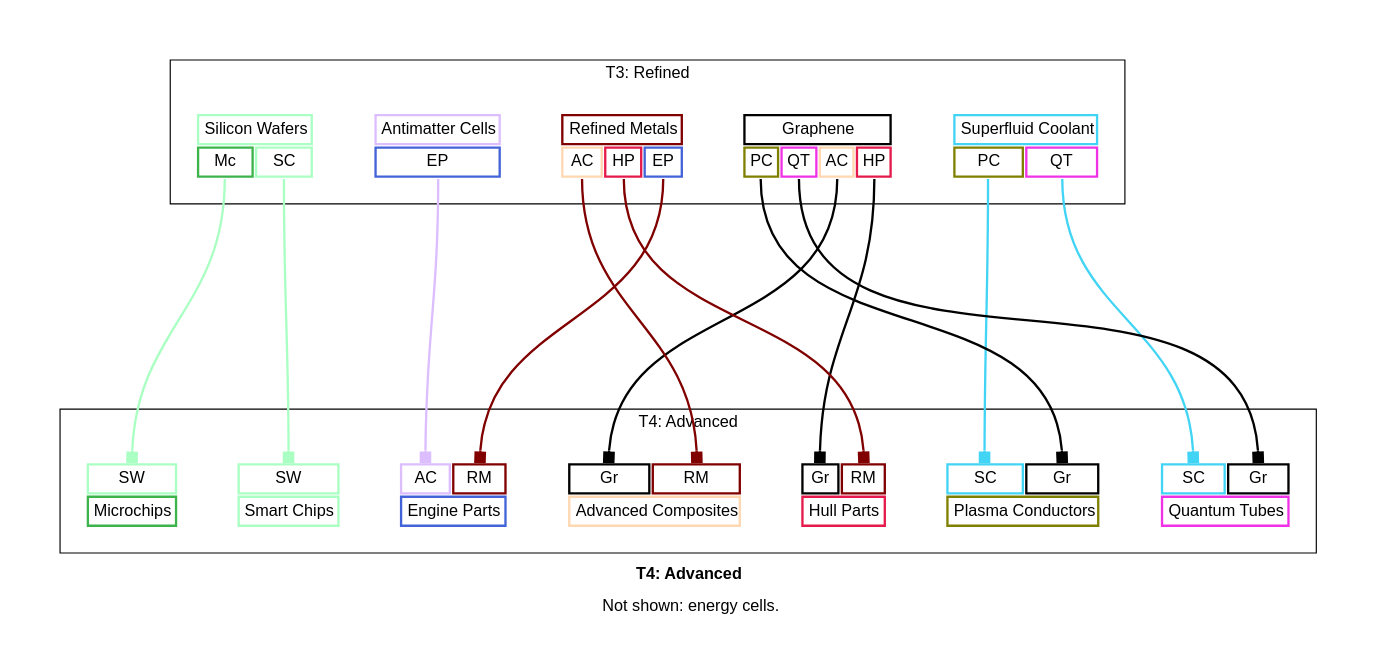
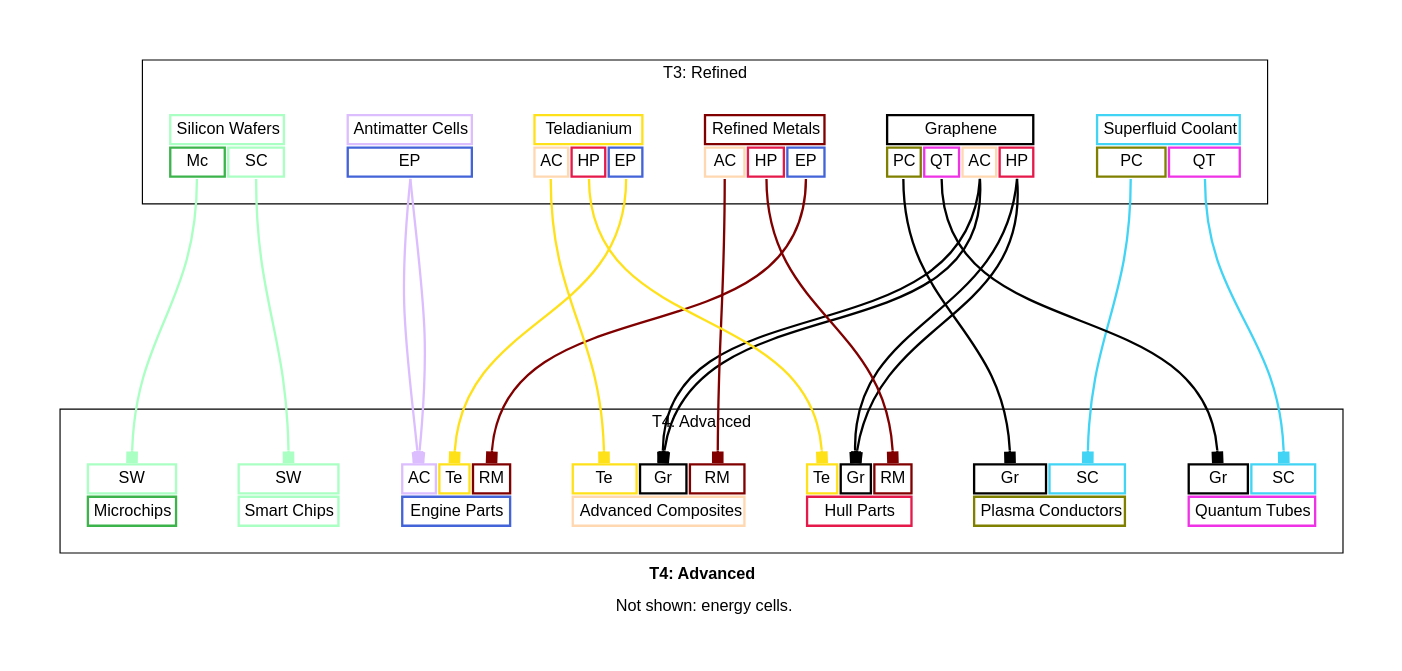
One commit to borntyping/x4-diagrams changed the diagram in docs/t4_advanced_graph_simplified.dot. Above: the diagram before and after it, drawn with Graphviz. The commit also changed 97 other files, not shown here.

```diff
--- a/docs/t4_advanced_graph_simplified.dot
+++ b/docs/t4_advanced_graph_simplified.dot
@@ -58,6 +58,23 @@
     </tr>
   
 </table>>]
+		teladianium [label=<<table border="0" cellborder="2" cellpadding="4" cellspacing="1" fixedsize="false" id="teladianium" port="output">
+  
+  <tr>
+    <td align="text" bgcolor="white" color="#ffe119" colspan="3">Teladianium</td>
+  </tr>
+  
+    <tr>
+      
+        <td align="text" bgcolor="white" color="#ffd8b1" port="advanced_composites">AC</td>
+      
+        <td align="text" bgcolor="white" color="#e6194B" port="hull_parts">HP</td>
+      
+        <td align="text" bgcolor="white" color="#4363d8" port="engine_parts">EP</td>
+      
+    </tr>
+  
+</table>>]
 		antimatter_cells [label=<<table border="0" cellborder="2" cellpadding="4" cellspacing="1" fixedsize="false" id="antimatter_cells" port="output">
   
   <tr>
@@ -93,9 +110,9 @@
   
     <tr>
       
+        <td align="text" bgcolor="white" color="#000000" port="graphene">Gr</td>
+      
         <td align="text" bgcolor="white" color="#42d4f4" port="superfluid_coolant">SC</td>
-      
-        <td align="text" bgcolor="white" color="#000000" port="graphene">Gr</td>
       
     </tr>
   
@@ -108,9 +125,9 @@
   
     <tr>
       
+        <td align="text" bgcolor="white" color="#000000" port="graphene">Gr</td>
+      
         <td align="text" bgcolor="white" color="#42d4f4" port="superfluid_coolant">SC</td>
-      
-        <td align="text" bgcolor="white" color="#000000" port="graphene">Gr</td>
       
     </tr>
   
@@ -123,20 +140,7 @@
   
     <tr>
       
-        <td align="text" bgcolor="white" color="#000000" port="graphene">Gr</td>
-      
-        <td align="text" bgcolor="white" color="#800000" port="refined_metals">RM</td>
-      
-    </tr>
-  
-  <tr>
-    <td align="text" bgcolor="white" color="#ffd8b1" colspan="2">Advanced Composites</td>
-  </tr>
-  
-</table>>]
-		hull_parts [label=<<table border="0" cellborder="2" cellpadding="4" cellspacing="1" fixedsize="false" id="hull_parts" port="output">
-  
-    <tr>
+        <td align="text" bgcolor="white" color="#ffe119" port="teladianium">Te</td>
       
         <td align="text" bgcolor="white" color="#000000" port="graphene">Gr</td>
       
@@ -145,7 +149,24 @@
     </tr>
   
   <tr>
-    <td align="text" bgcolor="white" color="#e6194B" colspan="2">Hull Parts</td>
+    <td align="text" bgcolor="white" color="#ffd8b1" colspan="3">Advanced Composites</td>
+  </tr>
+  
+</table>>]
+		hull_parts [label=<<table border="0" cellborder="2" cellpadding="4" cellspacing="1" fixedsize="false" id="hull_parts" port="output">
+  
+    <tr>
+      
+        <td align="text" bgcolor="white" color="#ffe119" port="teladianium">Te</td>
+      
+        <td align="text" bgcolor="white" color="#000000" port="graphene">Gr</td>
+      
+        <td align="text" bgcolor="white" color="#800000" port="refined_metals">RM</td>
+      
+    </tr>
+  
+  <tr>
+    <td align="text" bgcolor="white" color="#e6194B" colspan="3">Hull Parts</td>
   </tr>
   
 </table>>]
@@ -155,12 +176,14 @@
       
         <td align="text" bgcolor="white" color="#dcbeff" port="antimatter_cells">AC</td>
       
+        <td align="text" bgcolor="white" color="#ffe119" port="teladianium">Te</td>
+      
         <td align="text" bgcolor="white" color="#800000" port="refined_metals">RM</td>
       
     </tr>
   
   <tr>
-    <td align="text" bgcolor="white" color="#4363d8" colspan="2">Engine Parts</td>
+    <td align="text" bgcolor="white" color="#4363d8" colspan="3">Engine Parts</td>
   </tr>
   
 </table>>]
@@ -197,10 +220,16 @@
 	superfluid_coolant:quantum_tubes:s -> quantum_tubes:superfluid_coolant:n [arrowhead=box color="#42d4f4" weight=1.0]
 	graphene:advanced_composites:s -> advanced_composites:graphene:n [arrowhead=box color="#000000" weight=1.0]
 	refined_metals:advanced_composites:s -> advanced_composites:refined_metals:n [arrowhead=box color="#800000" weight=1.0]
+	graphene:advanced_composites:s -> advanced_composites:graphene:n [arrowhead=box color="#000000" weight=1.0]
+	teladianium:advanced_composites:s -> advanced_composites:teladianium:n [arrowhead=box color="#ffe119" weight=1.0]
 	graphene:hull_parts:s -> hull_parts:graphene:n [arrowhead=box color="#000000" weight=1.0]
 	refined_metals:hull_parts:s -> hull_parts:refined_metals:n [arrowhead=box color="#800000" weight=1.0]
+	graphene:hull_parts:s -> hull_parts:graphene:n [arrowhead=box color="#000000" weight=1.0]
+	teladianium:hull_parts:s -> hull_parts:teladianium:n [arrowhead=box color="#ffe119" weight=1.0]
 	antimatter_cells:engine_parts:s -> engine_parts:antimatter_cells:n [arrowhead=box color="#dcbeff" weight=1.0]
 	refined_metals:engine_parts:s -> engine_parts:refined_metals:n [arrowhead=box color="#800000" weight=1.0]
+	antimatter_cells:engine_parts:s -> engine_parts:antimatter_cells:n [arrowhead=box color="#dcbeff" weight=1.0]
+	teladianium:engine_parts:s -> engine_parts:teladianium:n [arrowhead=box color="#ffe119" weight=1.0]
 	silicon_wafers:microchips:s -> microchips:silicon_wafers:n [arrowhead=box color="#aaffc3" weight=1.0]
 	silicon_wafers:smart_chips:s -> smart_chips:silicon_wafers:n [arrowhead=box color="#aaffc3" weight=1.0]
 }
```
